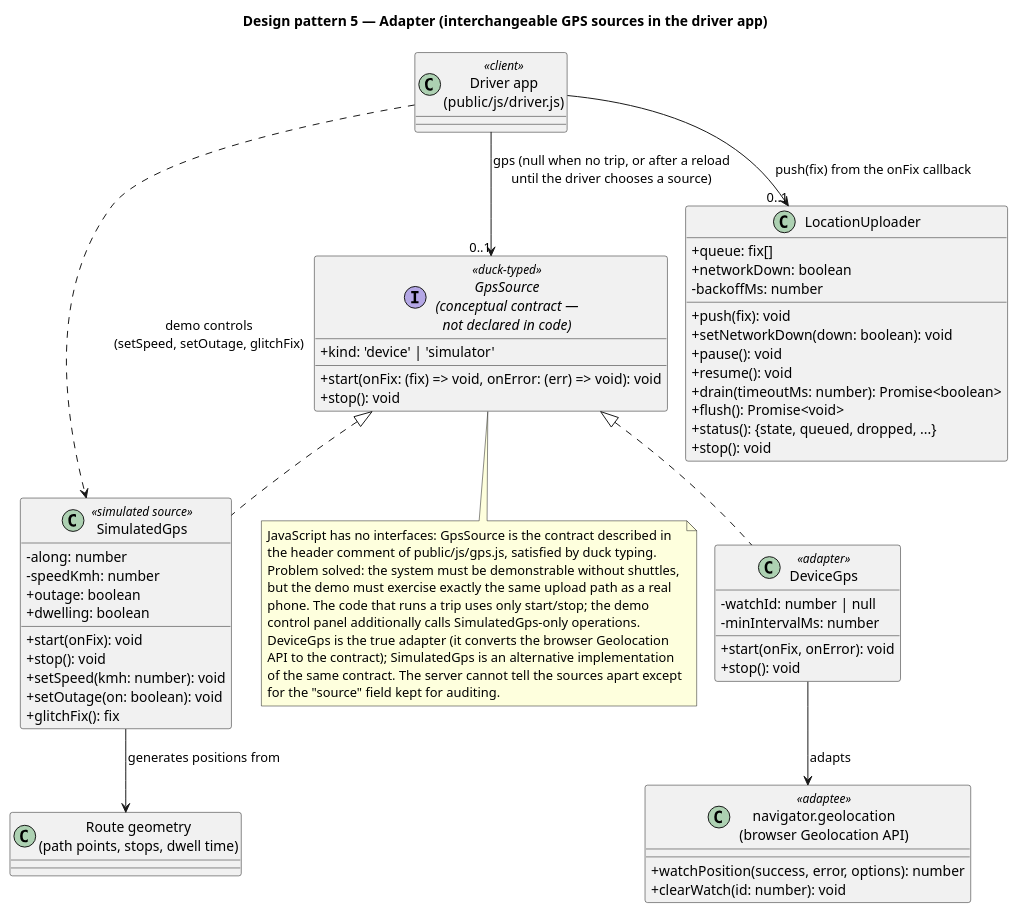
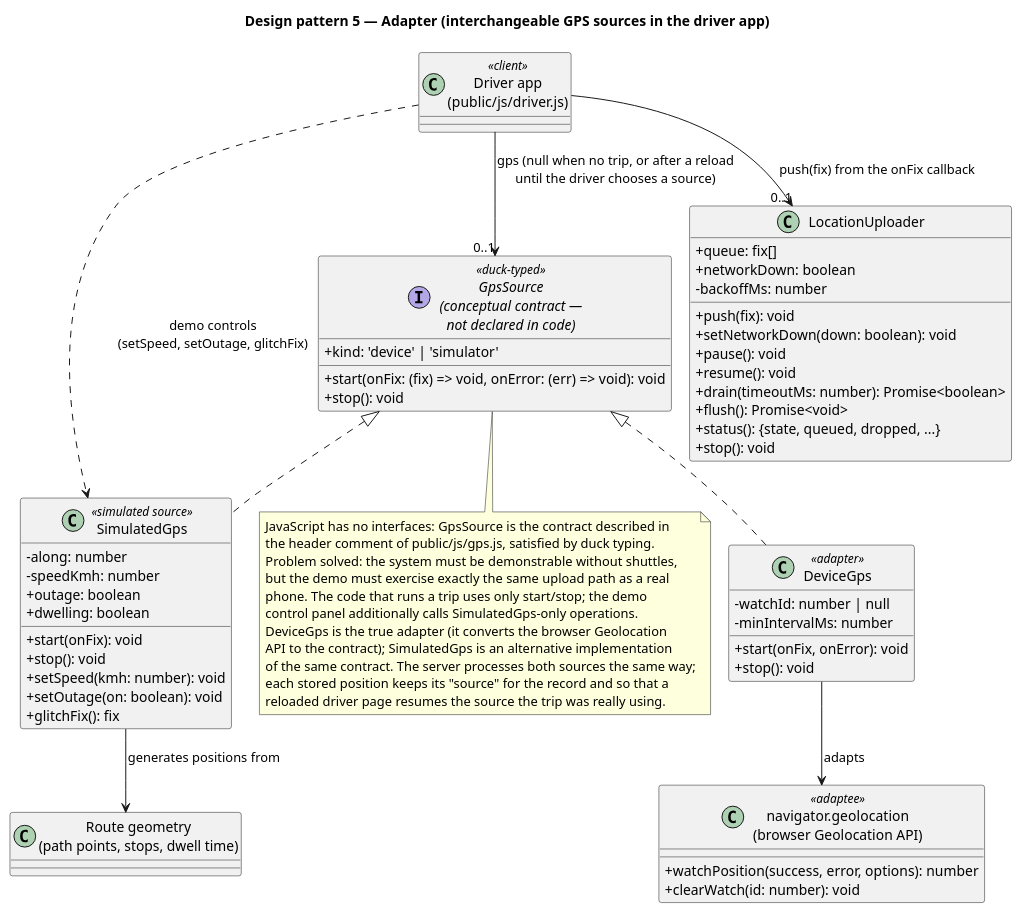
One commit to abdullahshammari796-ctrl/CampusShuttle changed the diagram in docs/uml/16-pattern-adapter.puml. Above: the diagram before and after it, drawn with PlantUML. The commit also changed 40 other files, not shown here.

```diff
--- a/docs/uml/16-pattern-adapter.puml
+++ b/docs/uml/16-pattern-adapter.puml
@@ -1,70 +1,71 @@
 @startuml 16-pattern-adapter
 !pragma layout smetana
 skinparam shadowing false
 skinparam defaultFontName Arial
 skinparam classAttributeIconSize 0
 title Design pattern 5 — Adapter (interchangeable GPS sources in the driver app)
 
 class "Driver app\n(public/js/driver.js)" as DriverApp <<client>>
 interface "GpsSource\n(conceptual contract —\nnot declared in code)" as GpsSource <<duck-typed>> {
   +kind: 'device' | 'simulator'
   +start(onFix: (fix) => void, onError: (err) => void): void
   +stop(): void
 }
 class DeviceGps <<adapter>> {
   -watchId: number | null
   -minIntervalMs: number
   +start(onFix, onError): void
   +stop(): void
 }
 class SimulatedGps <<simulated source>> {
   -along: number
   -speedKmh: number
   +outage: boolean
   +dwelling: boolean
   +start(onFix): void
   +stop(): void
   +setSpeed(kmh: number): void
   +setOutage(on: boolean): void
   +glitchFix(): fix
 }
 class "navigator.geolocation\n(browser Geolocation API)" as Geo <<adaptee>> {
   +watchPosition(success, error, options): number
   +clearWatch(id: number): void
 }
 class "Route geometry\n(path points, stops, dwell time)" as Geometry
 class LocationUploader {
   +queue: fix[]
   +networkDown: boolean
   -backoffMs: number
   +push(fix): void
   +setNetworkDown(down: boolean): void
   +pause(): void
   +resume(): void
   +drain(timeoutMs: number): Promise<boolean>
   +flush(): Promise<void>
   +status(): {state, queued, dropped, ...}
   +stop(): void
 }
 
 DriverApp --> "0..1" GpsSource : gps (null when no trip, or after a reload\nuntil the driver chooses a source)
 DriverApp --> "0..1" LocationUploader : push(fix) from the onFix callback
 DriverApp ..> SimulatedGps : demo controls\n(setSpeed, setOutage, glitchFix)
 GpsSource <|.. DeviceGps
 GpsSource <|.. SimulatedGps
 DeviceGps --> Geo : adapts
 SimulatedGps --> Geometry : generates positions from
 
 note bottom of GpsSource
   JavaScript has no interfaces: GpsSource is the contract described in
   the header comment of public/js/gps.js, satisfied by duck typing.
   Problem solved: the system must be demonstrable without shuttles,
   but the demo must exercise exactly the same upload path as a real
   phone. The code that runs a trip uses only start/stop; the demo
   control panel additionally calls SimulatedGps-only operations.
   DeviceGps is the true adapter (it converts the browser Geolocation
   API to the contract); SimulatedGps is an alternative implementation
-  of the same contract. The server cannot tell the sources apart except
-  for the "source" field kept for auditing.
+  of the same contract. The server processes both sources the same way;
+  each stored position keeps its "source" for the record and so that a
+  reloaded driver page resumes the source the trip was really using.
 end note
 @enduml
```
